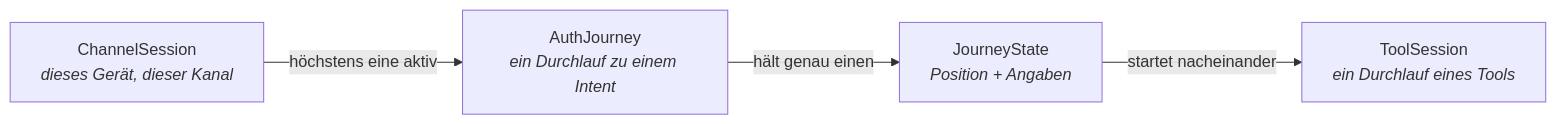
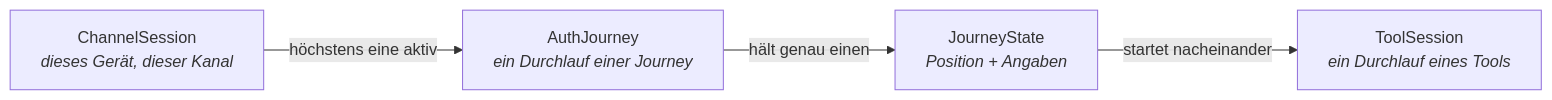
Before and after one commit to rpreissel/identity-demo: the second of 6 diagrams in docs/02-domaenenmodell.md, drawn with Mermaid. The commit also changed other lines of this file and 154 other files, not shown here.

````diff
--- a/docs/02-domaenenmodell.md
+++ b/docs/02-domaenenmodell.md
@@ -87,11 +87,11 @@
 ```mermaid
 flowchart LR
   CS["ChannelSession<br/><i>dieses Gerät, dieser Kanal</i>"]
-  AJ["AuthJourney<br/><i>ein Durchlauf zu einem Intent</i>"]
+  AJ["AuthJourney<br/><i>ein Durchlauf einer Journey</i>"]
   JS["JourneyState<br/><i>Position + Angaben</i>"]
   TS["ToolSession<br/><i>ein Durchlauf eines Tools</i>"]
 
   CS -->|"höchstens eine aktiv"| AJ
   AJ -->|"hält genau einen"| JS
   JS -->|"startet nacheinander"| TS
 ```
````
